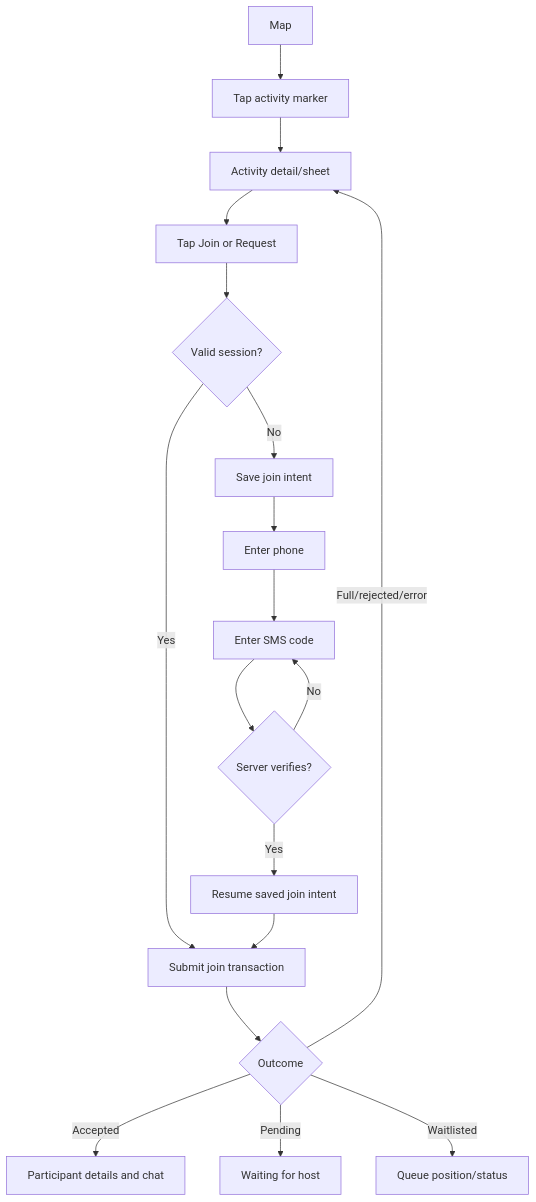
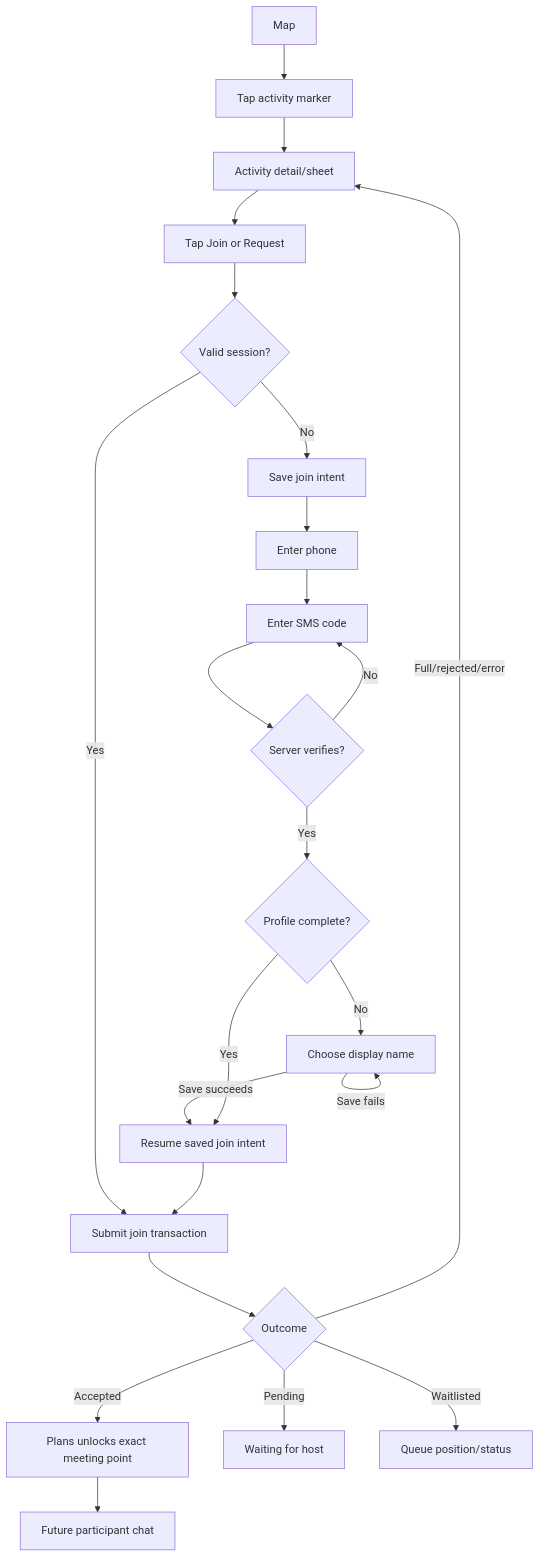
Before and after one commit to ansh0eman/NearHere: the second of 6 diagrams in docs/ux-flows.md, drawn with Mermaid. The commit also changed other lines of this file and 33 other files, not shown here.

Commit message:
feat: add capacity-safe join and private plans

````diff
--- a/docs/ux-flows.md
+++ b/docs/ux-flows.md
@@ -24,20 +24,25 @@
 ```mermaid
 flowchart TD
     MAP["Map"] --> MARKER["Tap activity marker"]
     MARKER --> DETAIL["Activity detail/sheet"]
     DETAIL --> JOIN["Tap Join or Request"]
     JOIN --> SESSION{"Valid session?"}
     SESSION -->|"No"| INTENT["Save join intent"]
     INTENT --> PHONE["Enter phone"]
     PHONE --> OTP["Enter SMS code"]
     OTP --> VERIFY{"Server verifies?"}
     VERIFY -->|"No"| OTP
-    VERIFY -->|"Yes"| RESUME["Resume saved join intent"]
+    VERIFY -->|"Yes"| PROFILE{"Profile complete?"}
+    PROFILE -->|"No"| ONBOARD["Choose display name"]
+    ONBOARD -->|"Save succeeds"| RESUME["Resume saved join intent"]
+    ONBOARD -->|"Save fails"| ONBOARD
+    PROFILE -->|"Yes"| RESUME
     SESSION -->|"Yes"| REQUEST["Submit join transaction"]
     RESUME --> REQUEST
     REQUEST --> OUTCOME{"Outcome"}
-    OUTCOME -->|"Accepted"| CHAT["Participant details and chat"]
+    OUTCOME -->|"Accepted"| PLANS["Plans unlocks exact meeting point"]
+    PLANS --> CHAT["Future participant chat"]
     OUTCOME -->|"Pending"| PENDING["Waiting for host"]
     OUTCOME -->|"Waitlisted"| WAIT["Queue position/status"]
     OUTCOME -->|"Full/rejected/error"| DETAIL
 ```
````
